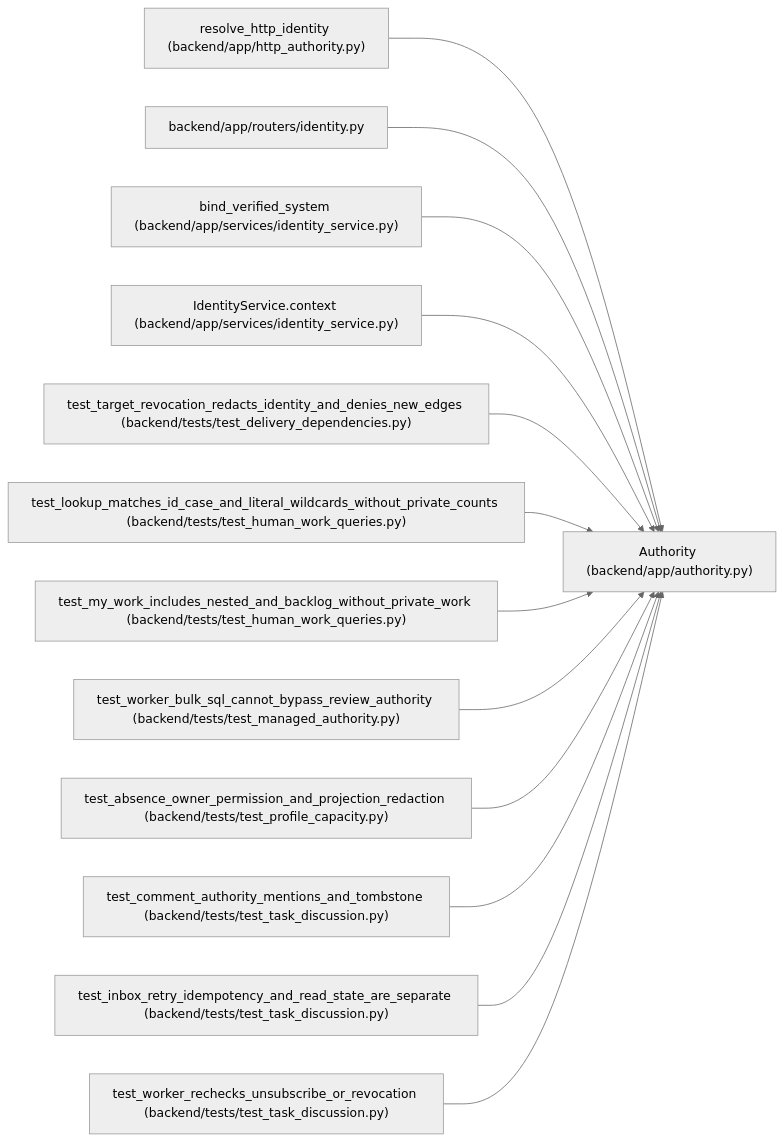
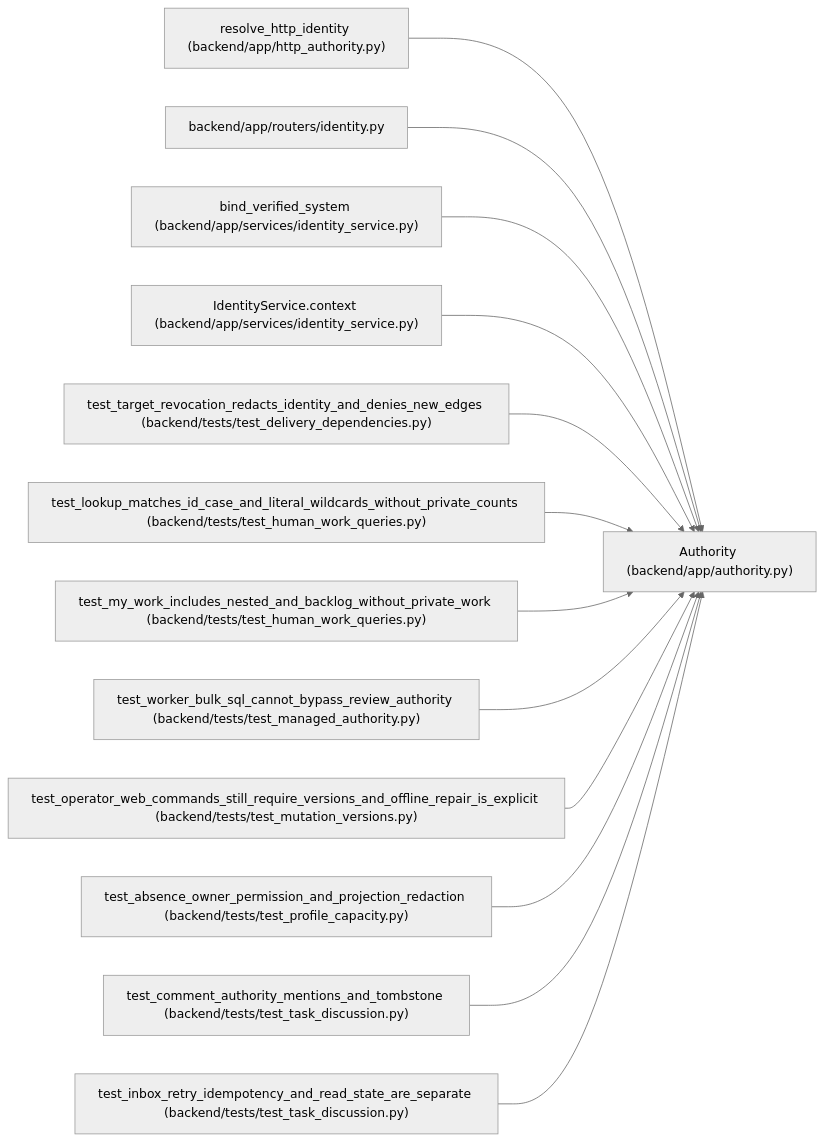
The diagram in docs/llm_wiki/entities/Authority.md (Denissvgn/WorkChord), drawn with Mermaid (neutral theme) before and after one commit. The commit also changed other lines of this file and 721 other files, not shown here.

````diff
--- a/docs/llm_wiki/entities/Authority.md
+++ b/docs/llm_wiki/entities/Authority.md
@@ -45,41 +45,41 @@
 ```mermaid
 flowchart LR
     n0["Authority (backend/app/authority.py)"]
     n1["resolve_http_identity (backend/app/http_authority.py)"]
     n2["backend/app/routers/identity.py"]
     n3["bind_verified_system (backend/app/services/identity_service.py)"]
     n4["IdentityService.context (backend/app/services/identity_service.py)"]
     n5["test_target_revocation_redacts_identity_and_denies_new_edges (backend/tests/test_delivery_dependencies.py)"]
     n6["test_lookup_matches_id_case_and_literal_wildcards_without_private_counts (backend/tests/test_human_work_queries.py)"]
     n7["test_my_work_includes_nested_and_backlog_without_private_work (backend/tests/test_human_work_queries.py)"]
     n8["test_worker_bulk_sql_cannot_bypass_review_authority (backend/tests/test_managed_authority.py)"]
-    n9["test_absence_owner_permission_and_projection_redaction (backend/tests/test_profile_capacity.py)"]
-    n10["test_comment_authority_mentions_and_tombstone (backend/tests/test_task_discussion.py)"]
-    n11["test_inbox_retry_idempotency_and_read_state_are_separate (backend/tests/test_task_discussion.py)"]
-    n12["test_worker_rechecks_unsubscribe_or_revocation (backend/tests/test_task_discussion.py)"]
+    n9["test_operator_web_commands_still_require_versions_and_offline_repair_is_explicit (backend/tests/test_mutation_versions.py)"]
+    n10["test_absence_owner_permission_and_projection_redaction (backend/tests/test_profile_capacity.py)"]
+    n11["test_comment_authority_mentions_and_tombstone (backend/tests/test_task_discussion.py)"]
+    n12["test_inbox_retry_idempotency_and_read_state_are_separate (backend/tests/test_task_discussion.py)"]
     n1 --> n0
     n2 --> n0
     n3 --> n0
     n4 --> n0
     n5 --> n0
     n6 --> n0
     n7 --> n0
     n8 --> n0
     n9 --> n0
     n10 --> n0
     n11 --> n0
     n12 --> n0
     click n0 "../modules/authority.md"
     click n1 "../modules/http_authority.md"
     click n2 "../modules/routers_identity.md"
     click n3 "../modules/identity_service.md"
     click n4 "../modules/identity_service.md"
     click n5 "../modules/test_delivery_dependencies.md"
     click n6 "../modules/test_human_work_queries.md"
     click n7 "../modules/test_human_work_queries.md"
     click n8 "../modules/test_managed_authority.md"
-    click n9 "../modules/test_profile_capacity.md"
-    click n10 "../modules/test_task_discussion.md"
+    click n9 "../modules/test_mutation_versions.md"
+    click n10 "../modules/test_profile_capacity.md"
     click n11 "../modules/test_task_discussion.md"
     click n12 "../modules/test_task_discussion.md"
 ```
````
